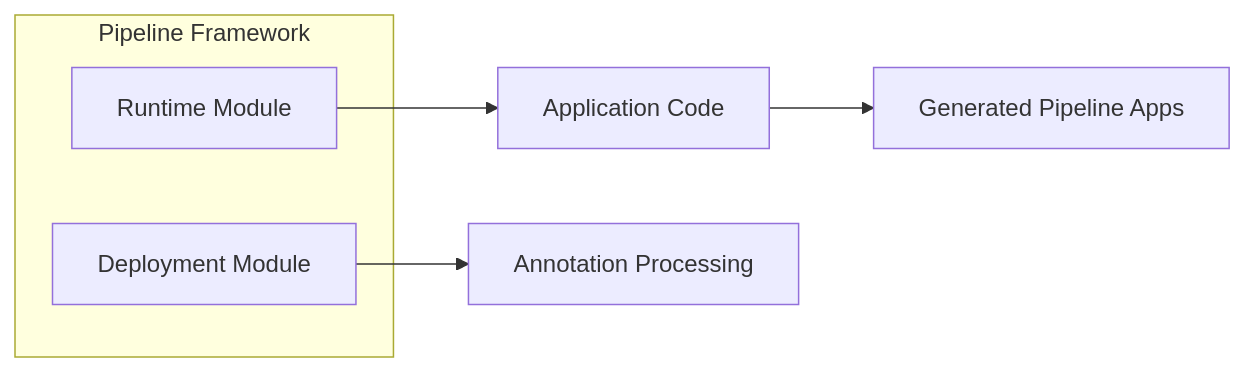
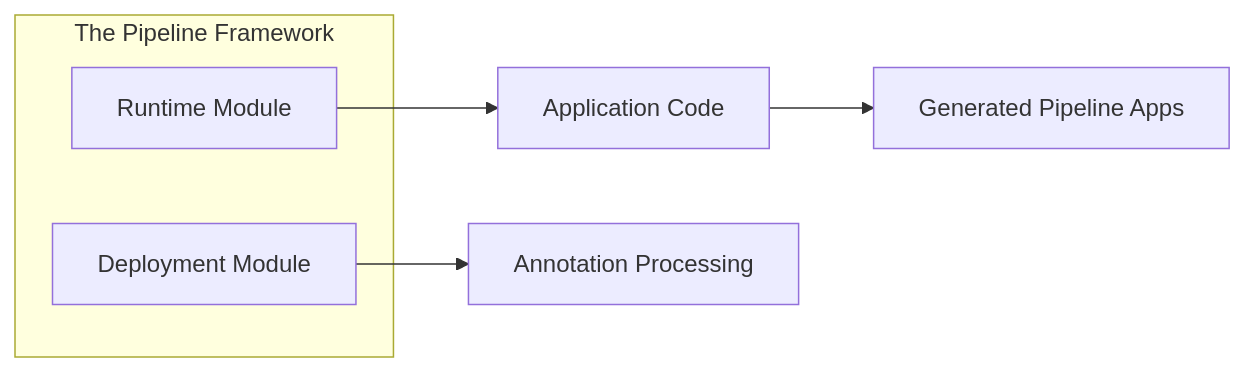
The third of 7 diagrams in docs/reference/architecture.md (mbarcia/CSV-Payments-PoC), drawn with Mermaid before and after one commit. The commit also changed 16 other files, not shown here.

````diff
--- a/docs/reference/architecture.md
+++ b/docs/reference/architecture.md
@@ -55,11 +55,11 @@
 ```mermaid
 graph LR
-    subgraph "Pipeline Framework"
+    subgraph "The Pipeline Framework"
         A[Runtime Module]
         B[Deployment Module]
     end
     
     A --> C[Application Code]
     B --> D[Annotation Processing]
     C --> E[Generated Pipeline Apps]
 ```
````
